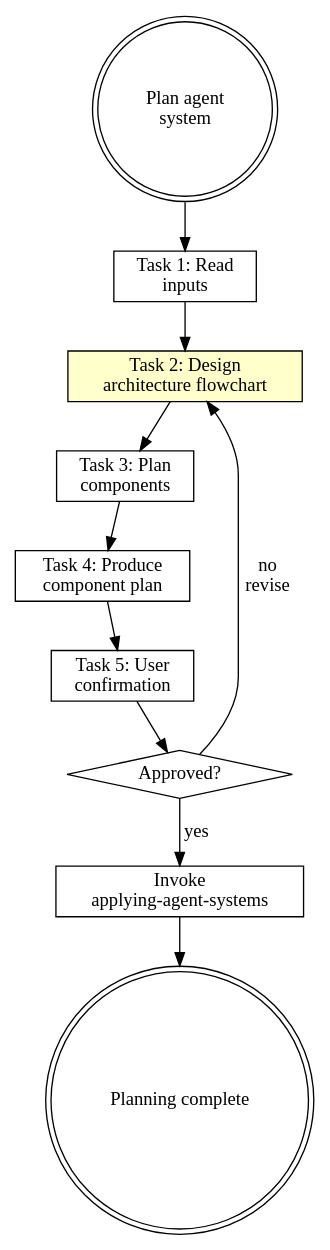
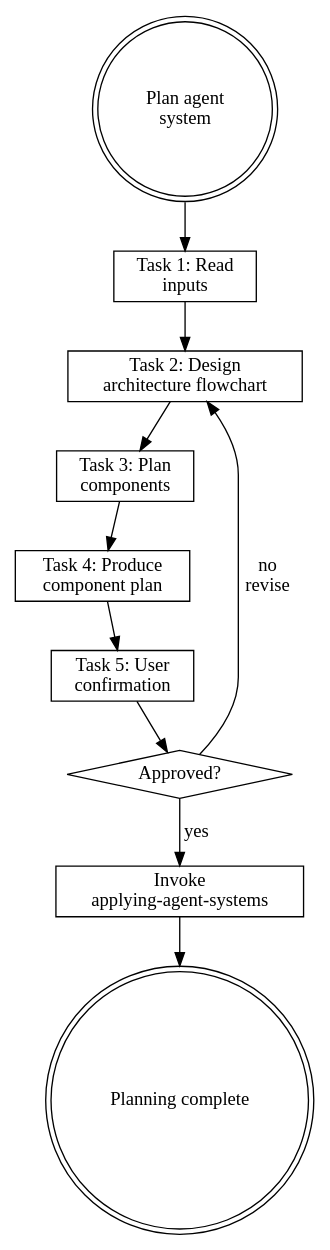
Before and after one commit to wayne930242/Reflexive-Claude-Code: the diagram in plugins/rcc/skills/planning-agent-systems/SKILL.md, drawn with Graphviz. The commit also changed 16 other files, not shown here.

````diff
--- a/plugins/rcc/skills/planning-agent-systems/SKILL.md
+++ b/plugins/rcc/skills/planning-agent-systems/SKILL.md
@@ -150,25 +150,25 @@
 ```dot
 digraph plan_agent {
     rankdir=TB;
 
     start [label="Plan agent\nsystem", shape=doublecircle];
     read [label="Task 1: Read\ninputs", shape=box];
-    flowchart [label="Task 2: Design\narchitecture flowchart", shape=box, style=filled, fillcolor="#ffffcc"];
+    flowchart [label="Task 2: Design\narchitecture flowchart", shape=box];
     plan [label="Task 3: Plan\ncomponents", shape=box];
     produce [label="Task 4: Produce\ncomponent plan", shape=box];
     confirm [label="Task 5: User\nconfirmation", shape=box];
     approved [label="Approved?", shape=diamond];
     handoff [label="Invoke\napplying-agent-systems", shape=box];
     done [label="Planning complete", shape=doublecircle];
 
     start -> read;
     read -> flowchart;
     flowchart -> plan;
     plan -> produce;
     produce -> confirm;
     confirm -> approved;
     approved -> handoff [label="yes"];
     approved -> flowchart [label="no\nrevise"];
     handoff -> done;
 }
 ```
````
